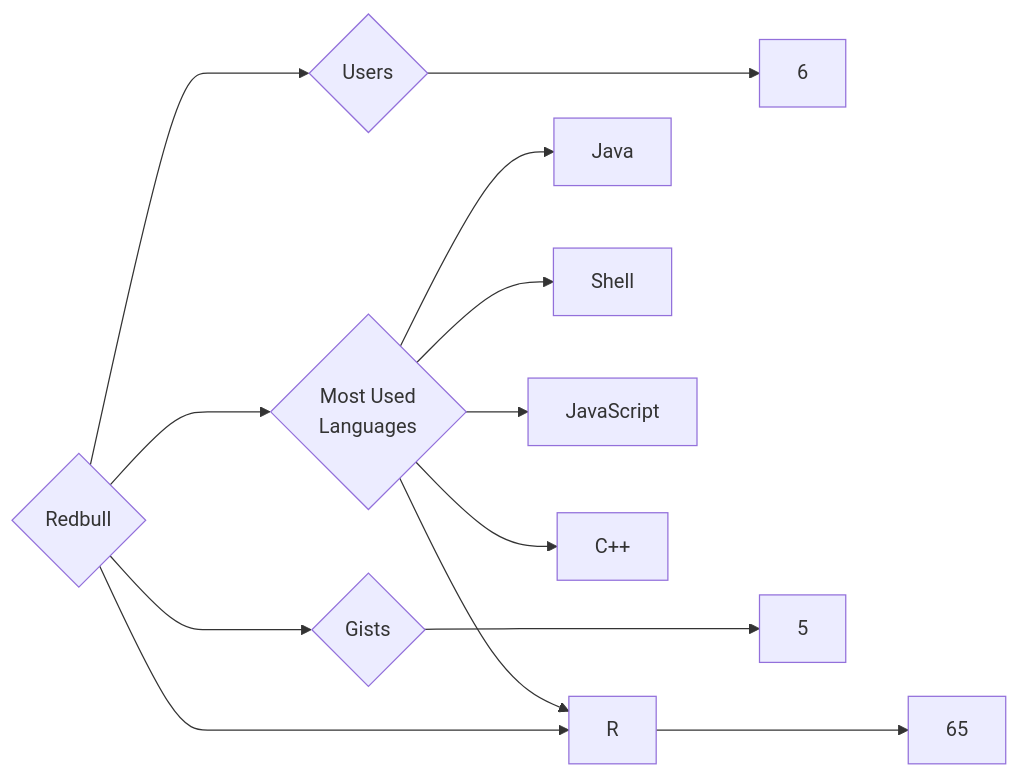
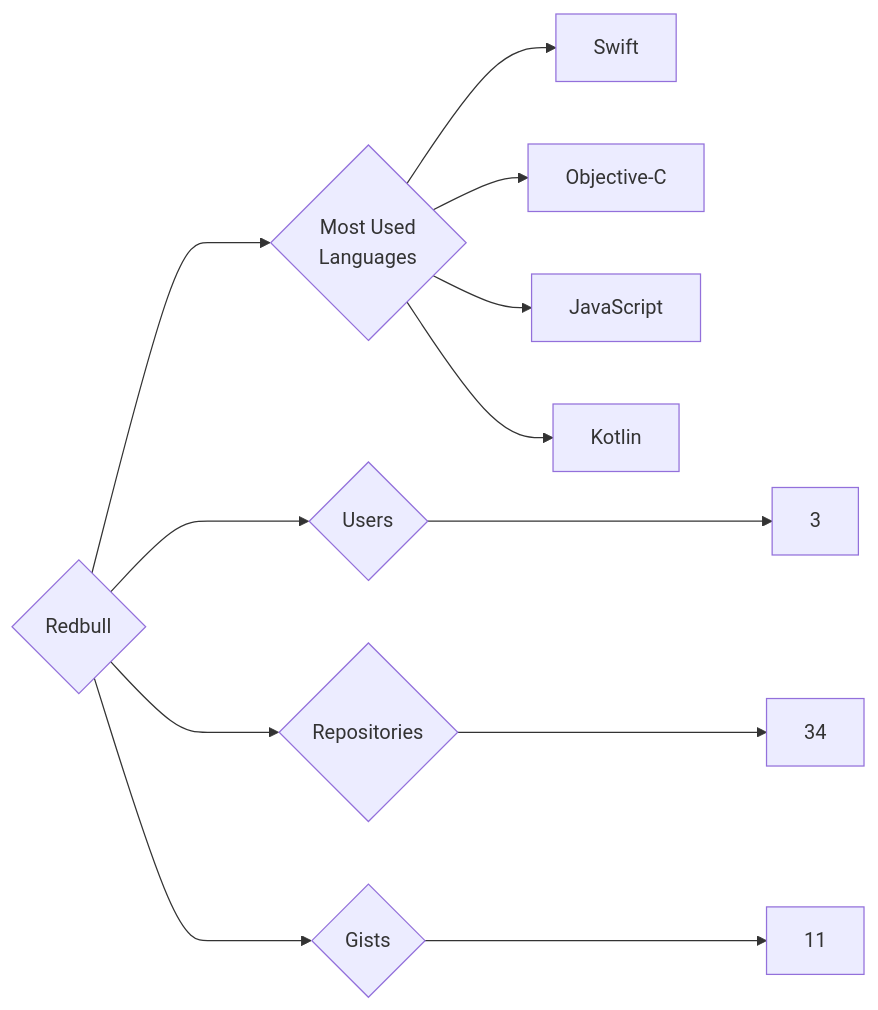
The diagram in targets/Redbull/README.md (trickest/insiders), drawn with Mermaid before and after one commit. The commit also changed 1484 other files, not shown here.

````diff
--- a/targets/Redbull/README.md
+++ b/targets/Redbull/README.md
@@ -3,13 +3,12 @@
 ```mermaid
 graph LR
 COMPANY_NAME{Redbull}
-COMPANY_NAME ---> U{Users} ---> UN[6]
-COMPANY_NAME ---> R{Repositories} ---> RN[65]
-COMPANY_NAME ---> G{Gists} ---> GN[5]
+COMPANY_NAME ---> U{Users} ---> UN[3]
+COMPANY_NAME ---> R{Repositories} ---> RN[34]
+COMPANY_NAME ---> G{Gists} ---> GN[11]
 COMPANY_NAME ---> ML{Most Used<br>Languages}
-ML --> Java[Java]
-ML --> Shell[Shell]
-ML --> R[R]
+ML --> Swift[Swift]
+ML --> Objective-C[Objective-C]
 ML --> JavaScript[JavaScript]
-ML --> C++[C++]
+ML --> Kotlin[Kotlin]
 ```
````
